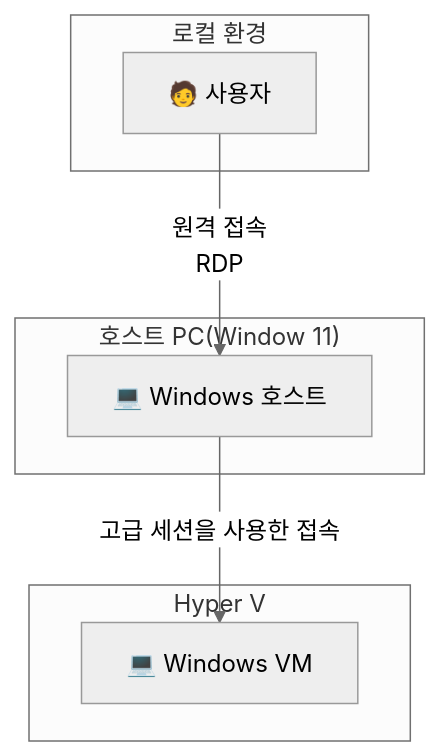
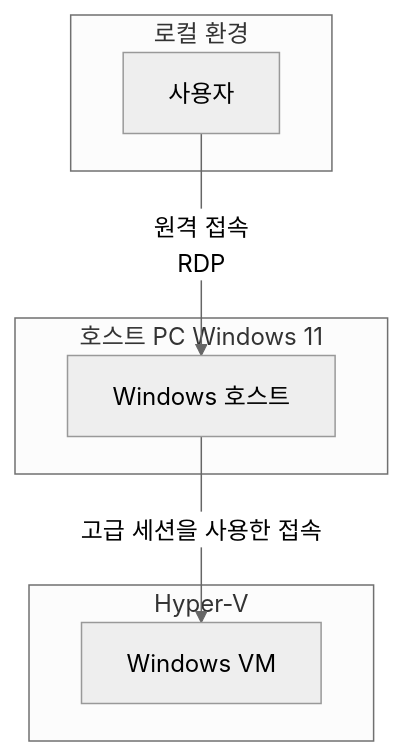
One commit to 42jerrykim/42jerrykim.github.io changed the first of 2 diagrams in content/post/2025/2025-10-16-markdown-preview-enhanced/index.md. Above: the diagram before and after it, drawn with Mermaid (neutral theme). The commit also changed other lines of this file and 239 other files, not shown here.

````diff
--- a/content/post/2025/2025-10-16-markdown-preview-enhanced/index.md
+++ b/content/post/2025/2025-10-16-markdown-preview-enhanced/index.md
@@ -107,17 +158,14 @@
 ```mermaid
 graph TB
-    subgraph "로컬 환경"
-        User[🧑 사용자]
+    subgraph LocalEnv["로컬 환경"]
+        UserNode["사용자"]
     end
-    
-    subgraph "호스트 PC(Window 11)"
-        Host[💻 Windows 호스트]
+    subgraph HostPC["호스트 PC Windows 11"]
+        HostNode["Windows 호스트"]
     end
-    
-    subgraph "Hyper V"
-        VM[💻 Windows VM]
+    subgraph HyperVGroup["Hyper-V"]
+        VMNode["Windows VM"]
     end
-    
-    User -->|원격 접속<br/>RDP| Host
-    Host -->|고급 세션을 사용한 접속| VM
+    UserNode -->|"원격 접속</br>RDP"| HostNode
+    HostNode -->|"고급 세션을 사용한 접속"| VMNode
 ```
````
